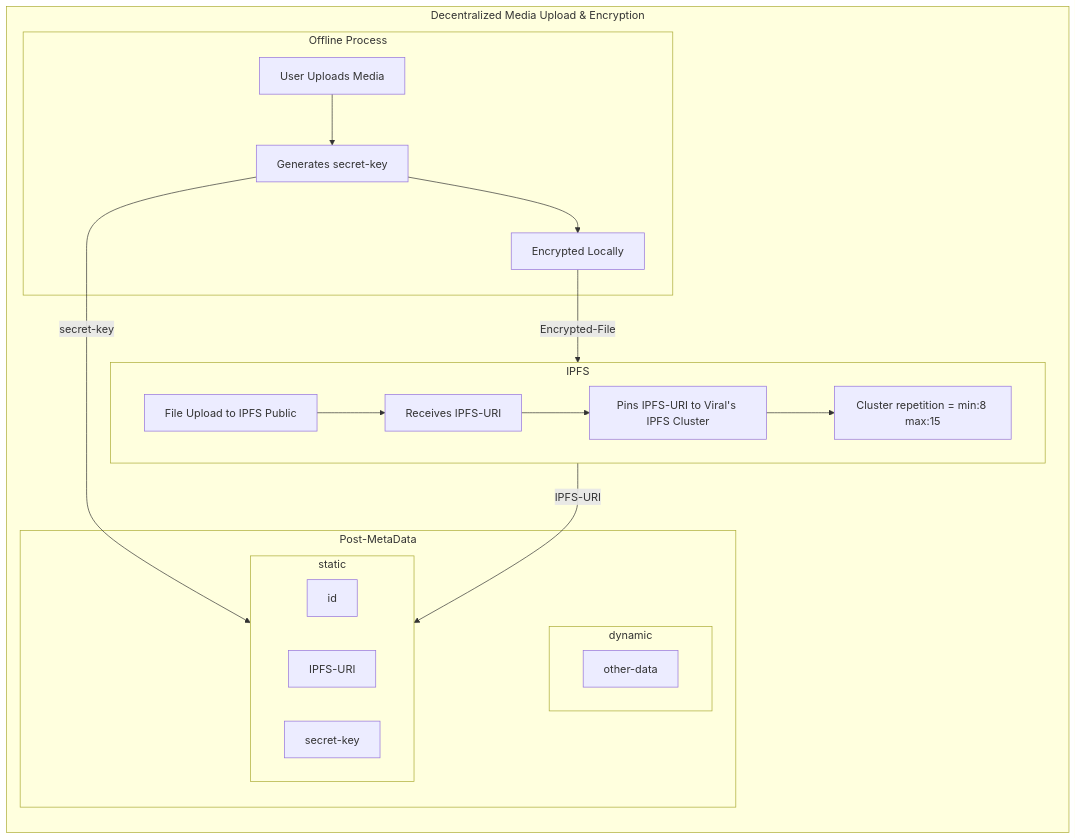
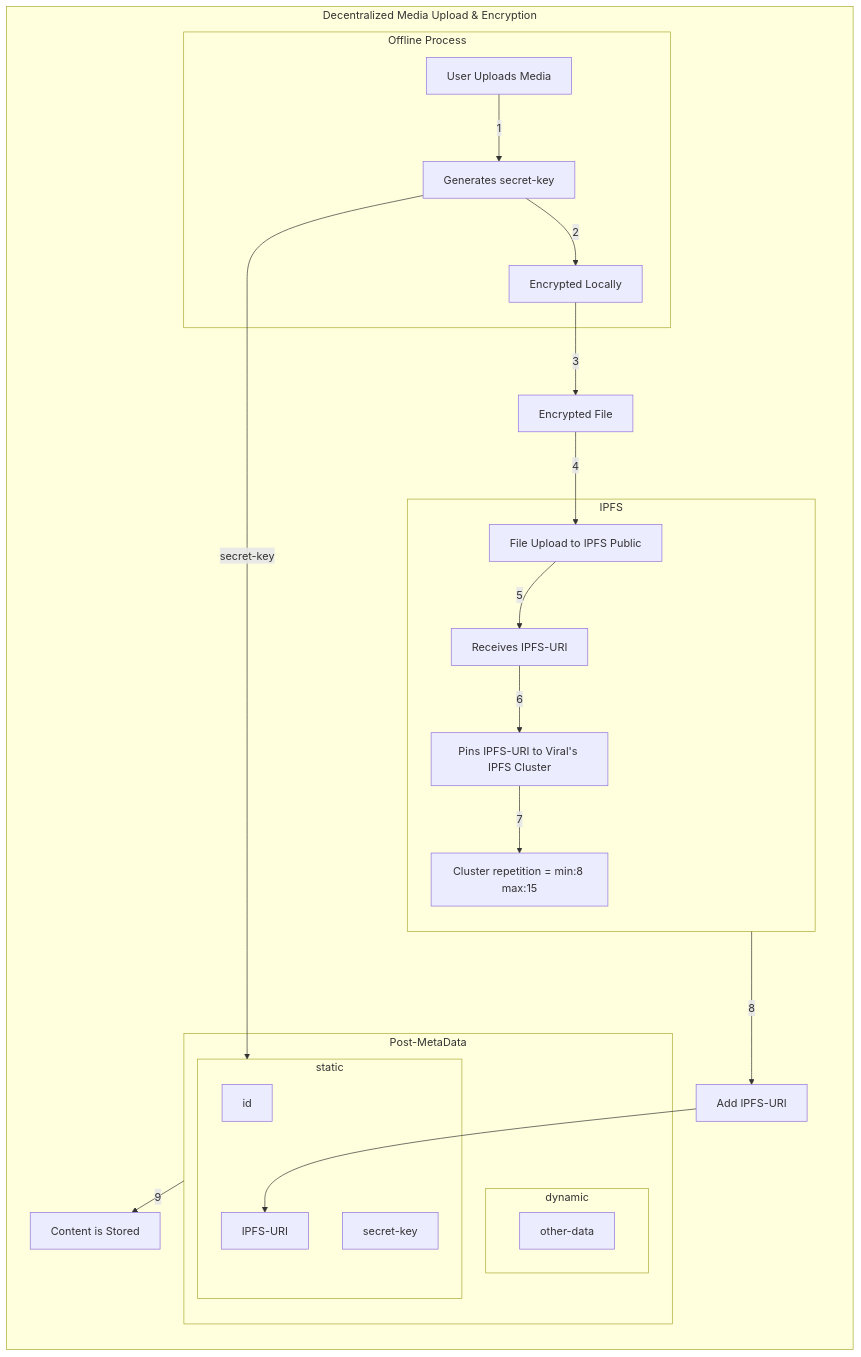
Before and after one commit to viralfoundation/Technical-Whitepaper-LaTeX: the third of 7 diagrams in README.md, drawn with Mermaid. The commit also changed other lines of this file, not shown here.

Commit message:
Commit #14 Private-Public Account Decryption

````diff
--- a/README.md
+++ b/README.md
@@ -427,28 +432,29 @@
 ```mermaid
 
   flowchart LR
   subgraph Decentralized Media Upload & Encryption
   subgraph Offline Process
-  A[User Uploads Media]-->B[Generates secret-key]
-  B-->C[Encrypted Locally]
+  A[User Uploads Media]--1-->B[Generates secret-key]
+  B--2-->C[Encrypted Locally]
   end
   subgraph Post-MetaData
   subgraph static
   id
   IPFS-URI
   secret-key
   end
   subgraph dynamic
   other-data
   end
   end
   subgraph IPFS
-  D[File Upload to IPFS Public]-->G[Receives IPFS-URI]
-  G-->E[Pins IPFS-URI to Viral's IPFS Cluster]
-  E-->F[Cluster repetition = min:8 max:15]
+  D[File Upload to IPFS Public]--5-->G[Receives IPFS-URI]
+  G--6-->E[Pins IPFS-URI to Viral's IPFS Cluster]
+  E--7-->F[Cluster repetition = min:8 max:15]
   end
   B--secret-key-->static
-  IPFS--IPFS-URI-->static
-  C--Encrypted-File-->IPFS
+  IPFS--8------>K2[Add IPFS-URI]-->IPFS-URI
+  C--3-->K1[Encrypted File]--4-->D
+  Post-MetaData--9-->K3[Content is Stored]
   end
 ```
````
